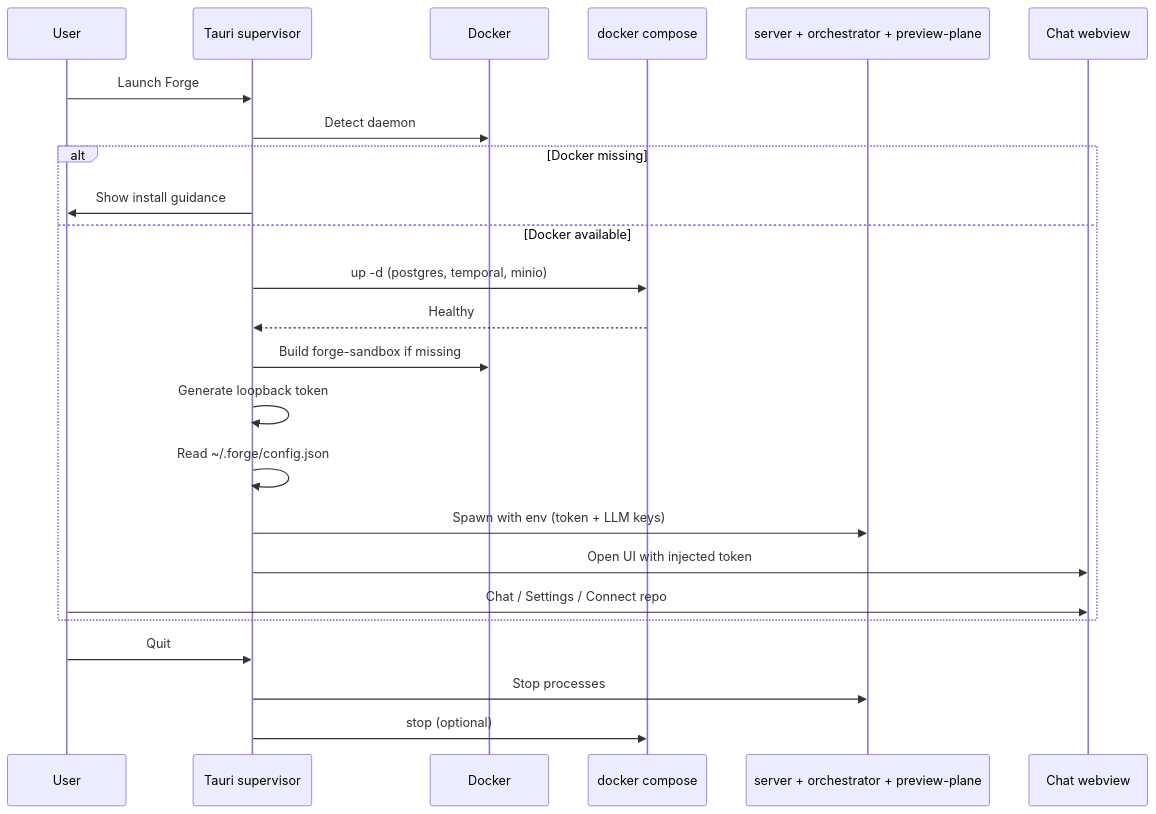
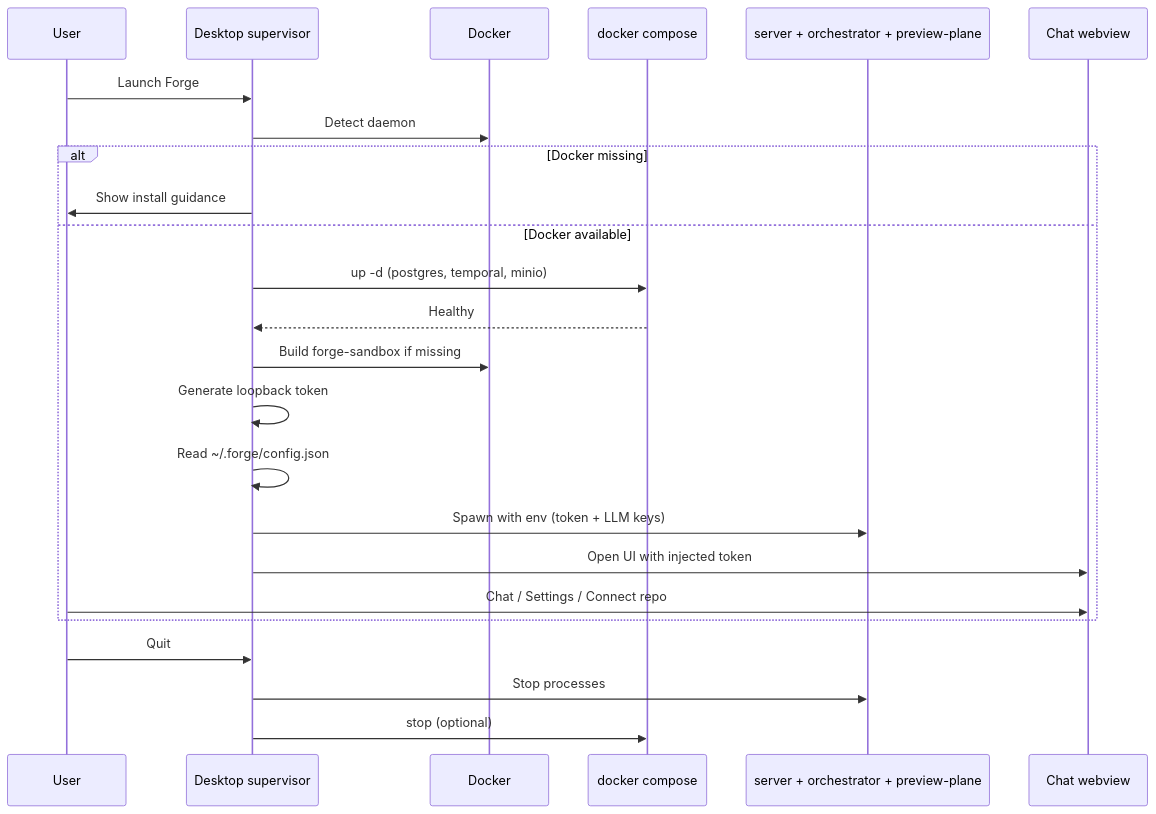
The diagram in docs/rfcs/0002-local-desktop-runtime.md (iamsandeepkumarofficial/forge), drawn with Mermaid before and after one commit. The commit also changed other lines of this file and 81 other files, not shown here.

First line of the commit message:
Replace the Tauri desktop shell with Electron.

````diff
--- a/docs/rfcs/0002-local-desktop-runtime.md
+++ b/docs/rfcs/0002-local-desktop-runtime.md
@@ -32,27 +34,27 @@
 ```mermaid
 sequenceDiagram
   participant User
-  participant Supervisor as Tauri supervisor
+  participant Supervisor as Desktop supervisor
   participant Docker
   participant Compose as docker compose
   participant Node as server + orchestrator + preview-plane
   participant Webview as Chat webview
 
   User->>Supervisor: Launch Forge
   Supervisor->>Docker: Detect daemon
   alt Docker missing
     Supervisor->>User: Show install guidance
   else Docker available
     Supervisor->>Compose: up -d (postgres, temporal, minio)
     Compose-->>Supervisor: Healthy
     Supervisor->>Docker: Build forge-sandbox if missing
     Supervisor->>Supervisor: Generate loopback token
     Supervisor->>Supervisor: Read ~/.forge/config.json
     Supervisor->>Node: Spawn with env (token + LLM keys)
     Supervisor->>Webview: Open UI with injected token
     User->>Webview: Chat / Settings / Connect repo
   end
   User->>Supervisor: Quit
   Supervisor->>Node: Stop processes
   Supervisor->>Compose: stop (optional)
 ```
````
